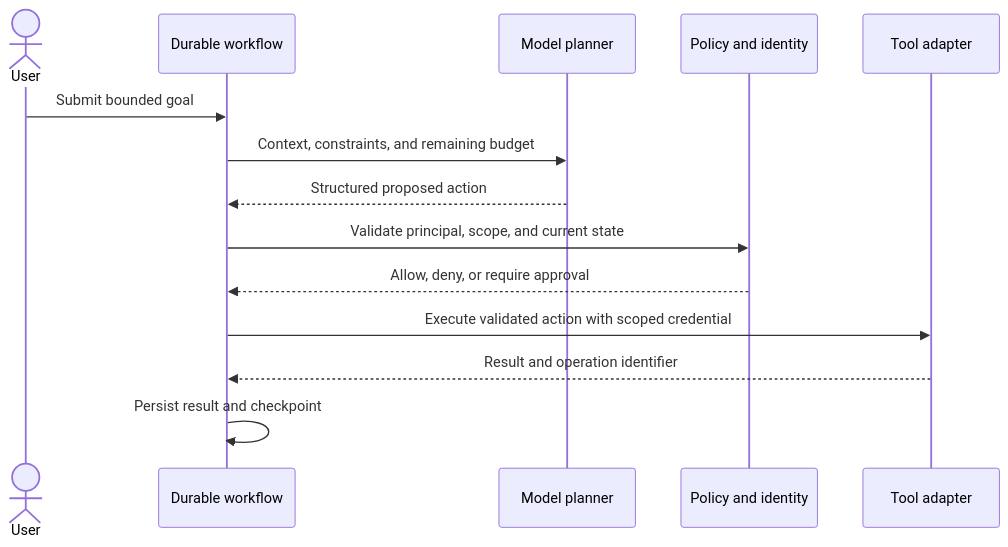
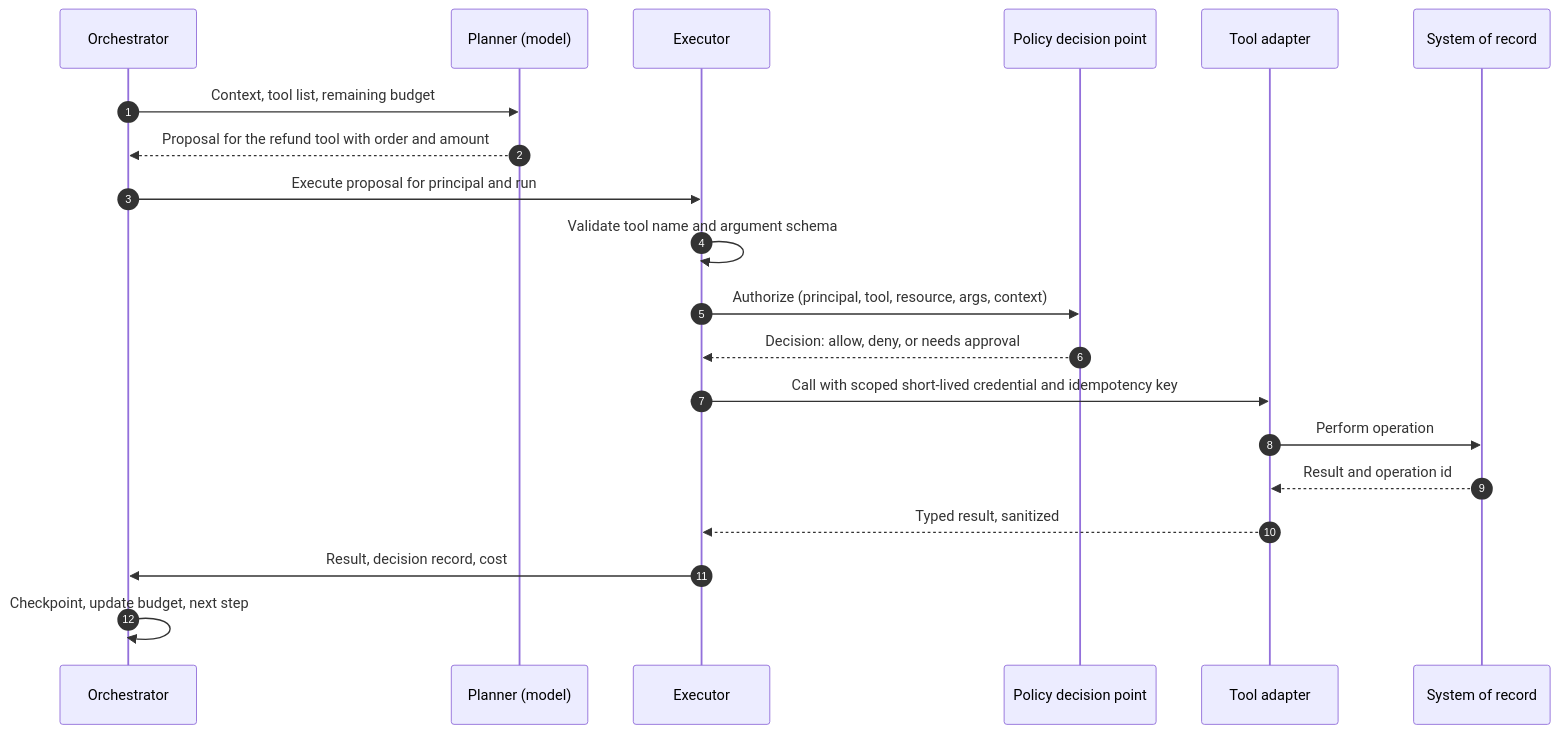
The third of 27 diagrams in 17_AI_Architecture/CH06_Agentic_System_Architecture_and_Tool_Boundaries.md (joydasss/Architect), drawn with Mermaid before and after one commit. The commit also changed other lines of this file and 295 other files, not shown here.

````diff
--- a/17_AI_Architecture/CH06_Agentic_System_Architecture_and_Tool_Boundaries.md
+++ b/17_AI_Architecture/CH06_Agentic_System_Architecture_and_Tool_Boundaries.md
@@ -13,16 +181,22 @@
 ```mermaid
 sequenceDiagram
-    actor User
-    participant Workflow as Durable workflow
-    participant Planner as Model planner
-    participant Policy as Policy and identity
-    participant Tool as Tool adapter
-    User->>Workflow: Submit bounded goal
-    Workflow->>Planner: Context, constraints, and remaining budget
-    Planner-->>Workflow: Structured proposed action
-    Workflow->>Policy: Validate principal, scope, and current state
-    Policy-->>Workflow: Allow, deny, or require approval
-    Workflow->>Tool: Execute validated action with scoped credential
-    Tool-->>Workflow: Result and operation identifier
-    Workflow->>Workflow: Persist result and checkpoint
+    autonumber
+    participant W as Orchestrator
+    participant P as Planner (model)
+    participant E as Executor
+    participant D as Policy decision point
+    participant A as Tool adapter
+    participant S as System of record
+    W->>P: Context, tool list, remaining budget
+    P-->>W: Proposal for the refund tool with order and amount
+    W->>E: Execute proposal for principal and run
+    E->>E: Validate tool name and argument schema
+    E->>D: Authorize (principal, tool, resource, args, context)
+    D-->>E: Decision: allow, deny, or needs approval
+    E->>A: Call with scoped short-lived credential and idempotency key
+    A->>S: Perform operation
+    S-->>A: Result and operation id
+    A-->>E: Typed result, sanitized
+    E->>W: Result, decision record, cost
+    W->>W: Checkpoint, update budget, next step
 ```
````
